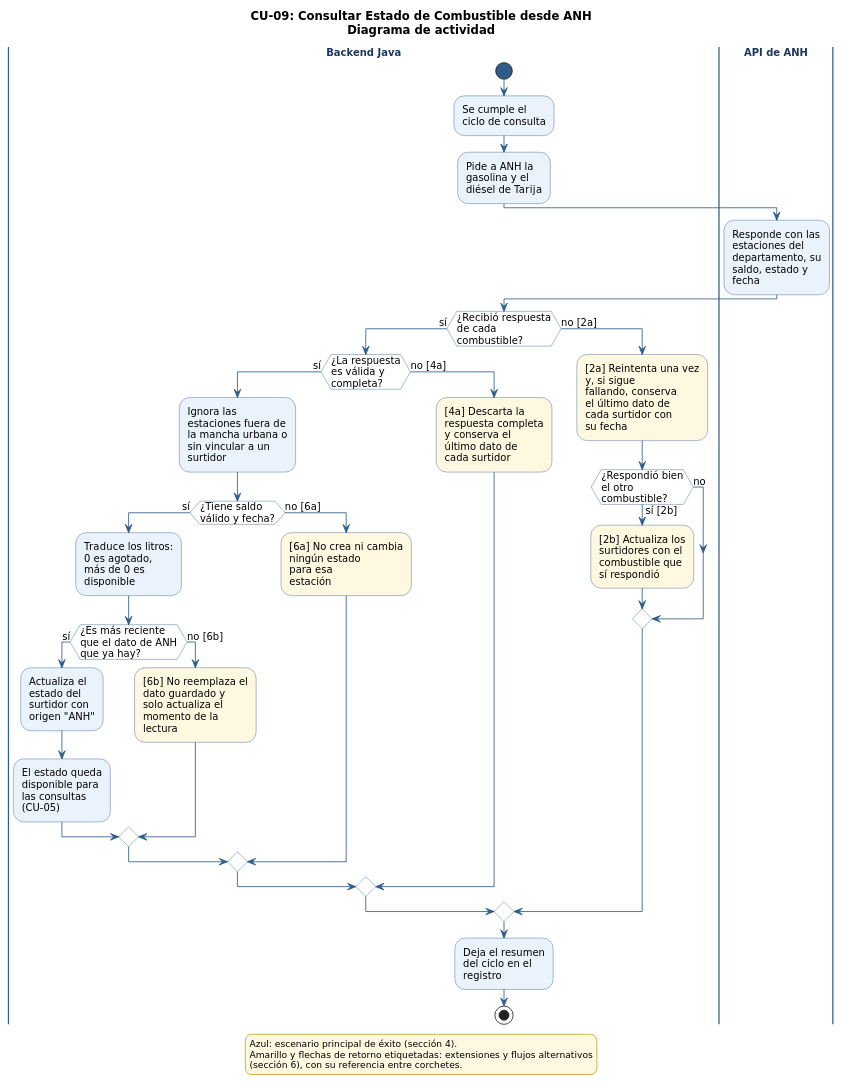
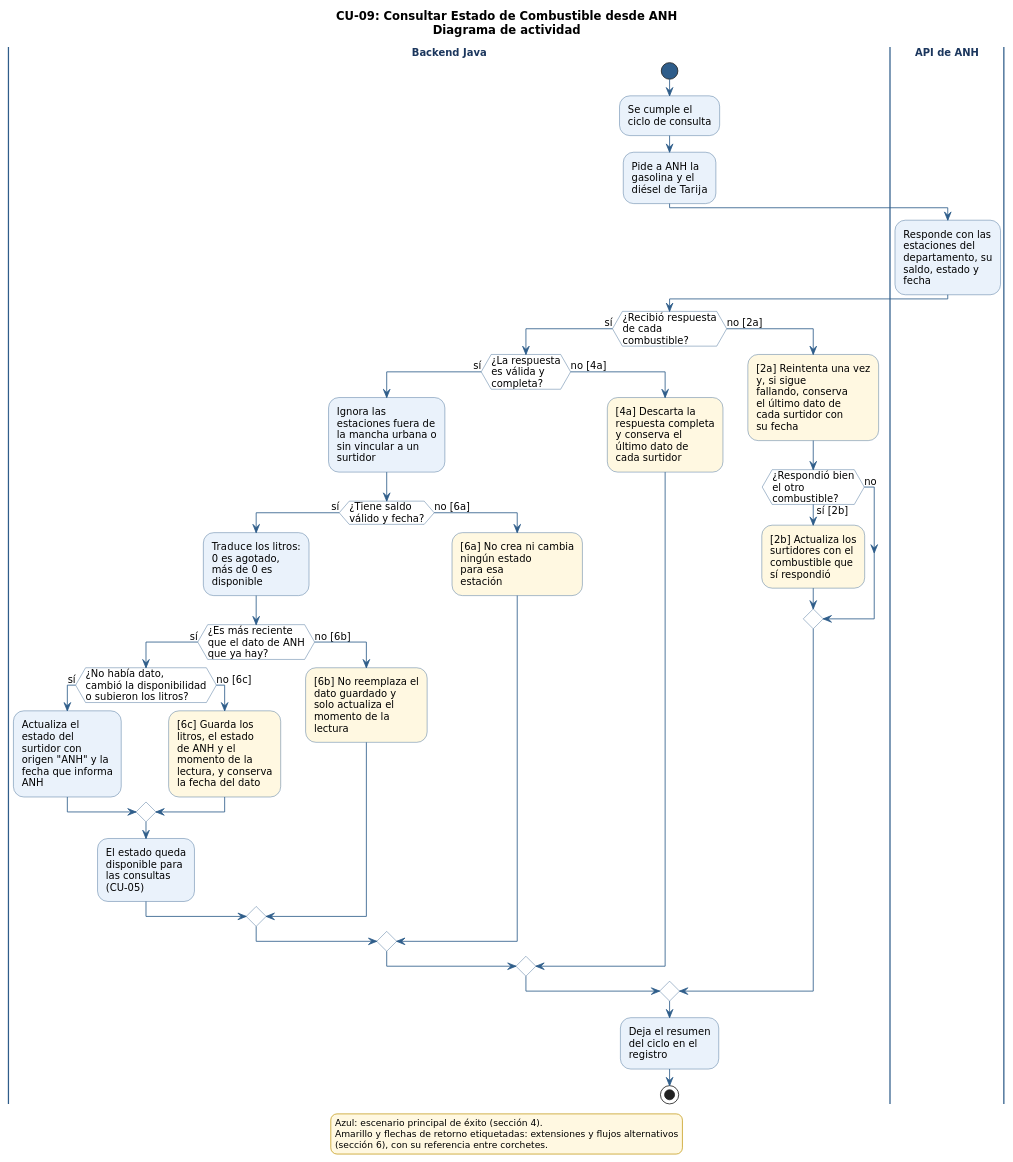
Before and after one commit to uniWASD/ChuroViajeInterno: the diagram in 03_des/01_Diagramas_de_comportamiento/CU-09_ConsultarEstadoANH.puml, drawn with PlantUML. The commit also changed 6 other files, not shown here.

First line of the commit message:
docs(req): CU-09, CU-05 y HU-14 con la fecha de cambio de ANH (T-126)

```diff
--- a/03_des/01_Diagramas_de_comportamiento/CU-09_ConsultarEstadoANH.puml
+++ b/03_des/01_Diagramas_de_comportamiento/CU-09_ConsultarEstadoANH.puml
@@ -1,113 +1,125 @@
 @startuml CU-09_ConsultarEstadoANH
 ' CU-09: Consultar Estado de Combustible desde ANH - Diagrama de comportamiento (actividad)
 ' Fuente: 02_req - Especificación de Casos de Uso (CU-01 a CU-09), secciones 4 y 6
-' Issue: T-116 (#106).
+' Issue: T-116 (#106). Actualizado en T-126 (#195): extensión 6c, la fecha del dato de ANH.
 
 skinparam shadowing false
 skinparam defaultFontName "DejaVu Sans"
 skinparam defaultFontSize 12
 skinparam wrapWidth 200
+skinparam titleFontStyle bold
 skinparam ArrowColor #2F5D8A
 skinparam activity {
   BackgroundColor #EAF2FB
   BorderColor #2F5D8A
   DiamondBackgroundColor #FFFFFF
   DiamondBorderColor #2F5D8A
   StartColor #2F5D8A
   EndColor #2F5D8A
 }
 skinparam swimlane {
   BorderColor #2F5D8A
   TitleFontStyle bold
   TitleFontColor #1B365D
 }
 skinparam legend {
   BackgroundColor #FFF8E1
   BorderColor #C9A227
   FontSize 11
 }
 
 title CU-09: Consultar Estado de Combustible desde ANH\nDiagrama de actividad
 
 |Backend Java|
 start
 :Se cumple el
 ciclo de consulta;
 :Pide a ANH la
 gasolina y el
 diésel de Tarija;
 |API de ANH|
 :Responde con las
 estaciones del
 departamento, su
 saldo, estado y
 fecha;
 |Backend Java|
 if (¿Recibió respuesta\nde cada\ncombustible?) then (sí)
   if (¿La respuesta\nes válida y\ncompleta?) then (sí)
     :Ignora las
 estaciones fuera de
 la mancha urbana o
 sin vincular a un
 surtidor;
     if (¿Tiene saldo\nválido y fecha?) then (sí)
       :Traduce los litros:
 0 es agotado,
 más de 0 es
 disponible;
       if (¿Es más reciente\nque el dato de ANH\nque ya hay?) then (sí)
-        :Actualiza el
+        if (¿No había dato,\ncambió la disponibilidad\no subieron los litros?) then (sí)
+          :Actualiza el
 estado del
 surtidor con
-origen "ANH";
+origen "ANH" y la
+fecha que informa
+ANH;
+        else (no [6c])
+          #FFF8E1:[6c] Guarda los
+litros, el estado
+de ANH y el
+momento de la
+lectura, y conserva
+la fecha del dato;
+        endif
         :El estado queda
 disponible para
 las consultas
 (CU-05);
       else (no [6b])
         #FFF8E1:[6b] No reemplaza el
 dato guardado y
 solo actualiza el
 momento de la
 lectura;
       endif
     else (no [6a])
       #FFF8E1:[6a] No crea ni cambia
 ningún estado
 para esa
 estación;
     endif
   else (no [4a])
     #FFF8E1:[4a] Descarta la
 respuesta completa
 y conserva el
 último dato de
 cada surtidor;
   endif
 else (no [2a])
   #FFF8E1:[2a] Reintenta una vez
 y, si sigue
 fallando, conserva
 el último dato de
 cada surtidor con
 su fecha;
   if (¿Respondió bien\nel otro\ncombustible?) then (sí [2b])
     #FFF8E1:[2b] Actualiza los
 surtidores con el
 combustible que
 sí respondió;
   else (no)
   endif
 endif
 :Deja el resumen
 del ciclo en el
 registro;
 stop
 
 legend bottom
   Azul: escenario principal de éxito (sección 4).
   Amarillo y flechas de retorno etiquetadas: extensiones y flujos alternativos
   (sección 6), con su referencia entre corchetes.
 endlegend
 
 @enduml
```
